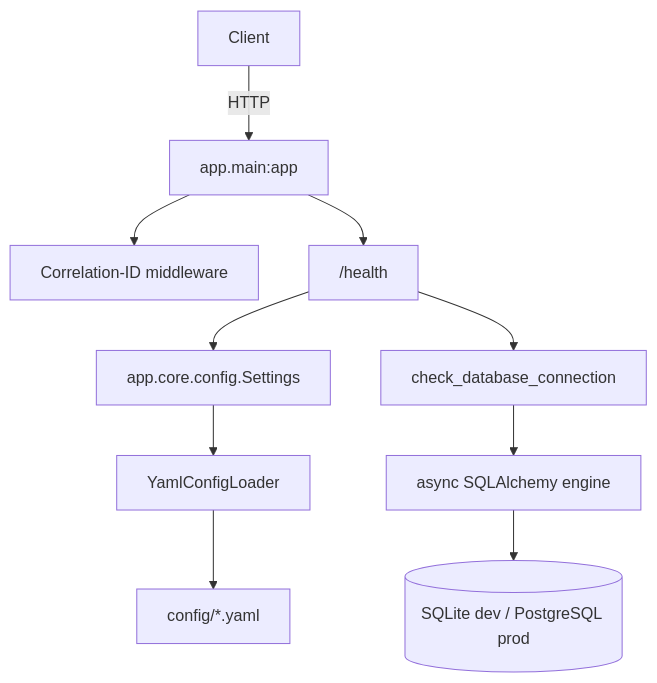
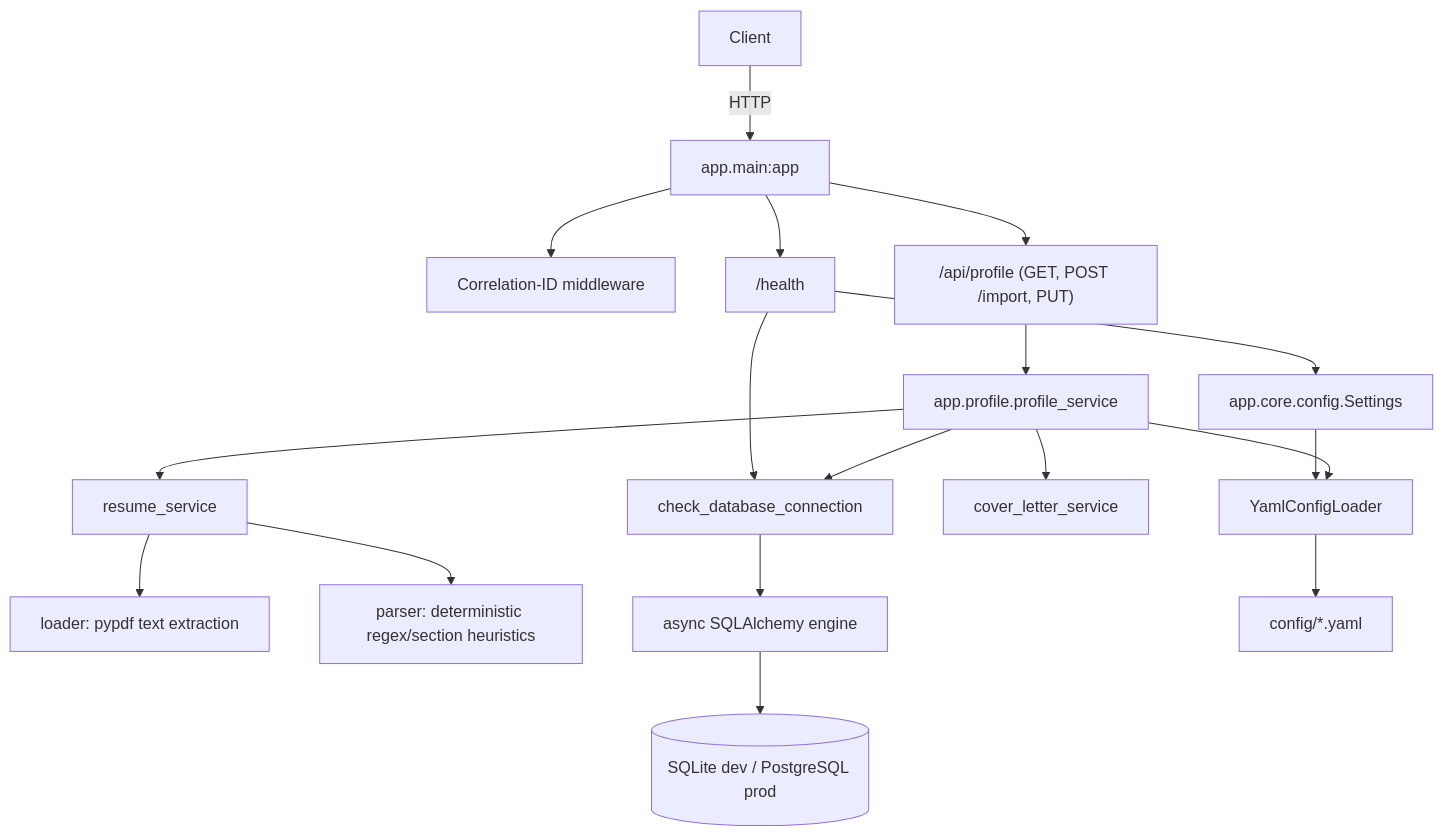
Before and after one commit to TravelXML/Langchain: the second of 9 diagrams in ARCHITECTURE.md, drawn with Mermaid. The commit also changed other lines of this file and 24 other files, not shown here.

````diff
--- a/ARCHITECTURE.md
+++ b/ARCHITECTURE.md
@@ -23,12 +23,20 @@
 ```mermaid
 flowchart TB
     Client -->|HTTP| FastAPIApp[app.main:app]
     FastAPIApp --> CorrelationMW[Correlation-ID middleware]
     FastAPIApp --> HealthRoute["/health"]
+    FastAPIApp --> ProfileRoutes["/api/profile (GET, POST /import, PUT)"]
     HealthRoute --> Settings[app.core.config.Settings]
     HealthRoute --> DBCheck[check_database_connection]
+    ProfileRoutes --> ProfileService[app.profile.profile_service]
+    ProfileService --> ResumeService[resume_service]
+    ProfileService --> CoverLetterService[cover_letter_service]
+    ResumeService --> Loader[loader: pypdf text extraction]
+    ResumeService --> Parser[parser: deterministic regex/section heuristics]
+    ProfileService --> DBCheck
     DBCheck --> Engine[async SQLAlchemy engine]
     Engine --> SQLite[(SQLite dev / PostgreSQL prod)]
     Settings --> YamlLoader[YamlConfigLoader]
     YamlLoader --> YamlFiles["config/*.yaml"]
+    ProfileService --> YamlLoader
 ```
````
